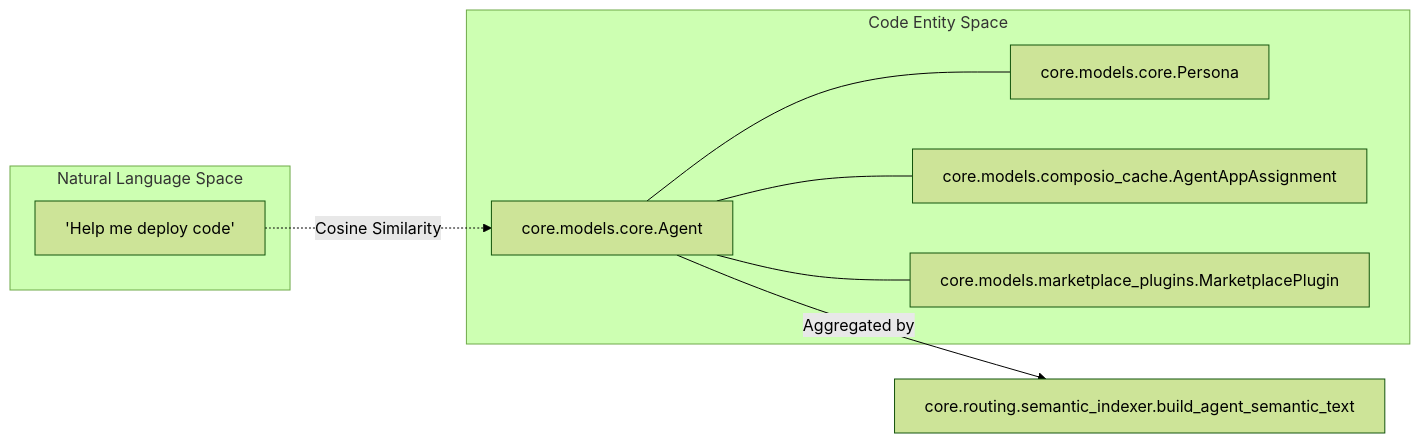
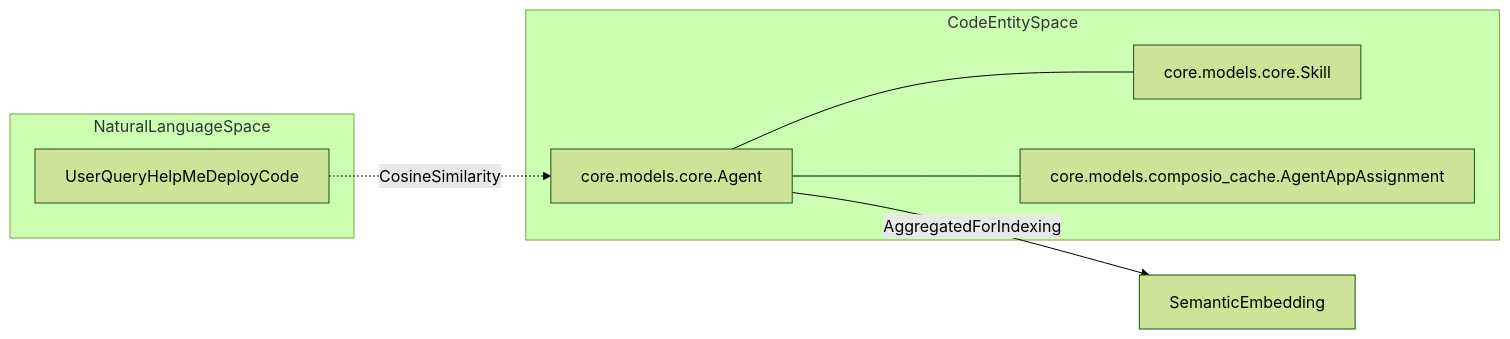
Before and after one commit to AutomatosAI/automatos-ai: the second of 4 diagrams in docs/universal-router/tier-25-semantic-similarity.md, drawn with Mermaid (forest theme). The commit also changed other lines of this file and 191 other files, not shown here.

````diff
--- a/docs/universal-router/tier-25-semantic-similarity.md
+++ b/docs/universal-router/tier-25-semantic-similarity.md
@@ -93,20 +110,18 @@
 ```mermaid
 flowchart LR
-    subgraph "Natural Language Space"
-        UserQuery["'Help me deploy code'"]
+    subgraph "NaturalLanguageSpace"
+        UserQuery["UserQueryHelpMeDeployCode"]
     end
 
-    subgraph "Code Entity Space"
+    subgraph "CodeEntitySpace"
         Agent["core.models.core.Agent"]
-        Persona["core.models.core.Persona"]
+        Skill["core.models.core.Skill"]
         Apps["core.models.composio_cache.AgentAppAssignment"]
-        Plugins["core.models.marketplace_plugins.MarketplacePlugin"]
         
-        Agent --- Persona
+        Agent --- Skill
         Agent --- Apps
-        Agent --- Plugins
     end
 
-    UserQuery -.->|"Cosine Similarity"| Agent
-    Agent -->|"Aggregated by"| Indexer["core.routing.semantic_indexer.build_agent_semantic_text"]
+    UserQuery -.->|"CosineSimilarity"| Agent
+    Agent -->|"AggregatedForIndexing"| Vector["SemanticEmbedding"]
 ```
````
